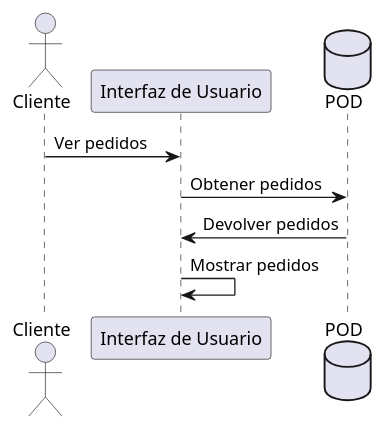
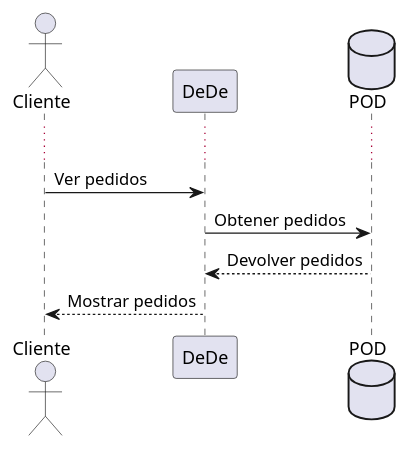
Before and after one commit to Arquisoft/Arquisoft-dede_es_02b: the fifth of 6 diagrams in docs/06_runtime_view.adoc, drawn with PlantUML. The commit also changed other lines of this file, not shown here.

Commit message:
Actualización de diagramas doc6

```diff
--- a/docs/06_runtime_view.adoc
+++ b/docs/06_runtime_view.adoc
@@ -72,10 +92,14 @@
 [plantuml,"Ver pedidos",png]
 ----
 actor Cliente
-participant "Interfaz de Usuario"
+participant DeDe
 database "POD"
-Cliente -> "Interfaz de Usuario": Ver pedidos
-"Interfaz de Usuario" -> "POD": Obtener pedidos
-"POD" -> "Interfaz de Usuario": Devolver pedidos
-"Interfaz de Usuario" -> "Interfaz de Usuario": Mostrar pedidos
+
+skinparam responseMessageBelowArrow true
+...
+
+Cliente -> DeDe: Ver pedidos
+DeDe -> "POD": Obtener pedidos
+"POD" --> DeDe: Devolver pedidos
+DeDe --> Cliente: Mostrar pedidos
 ----
```
